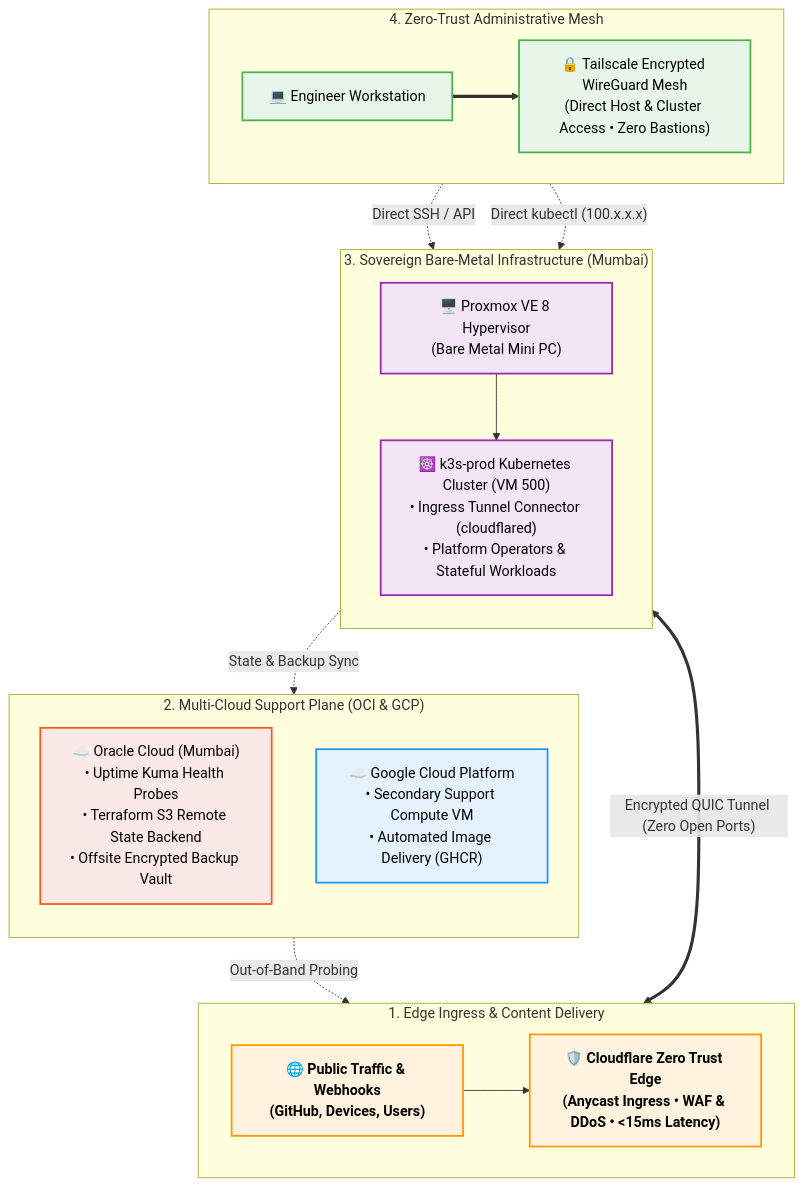
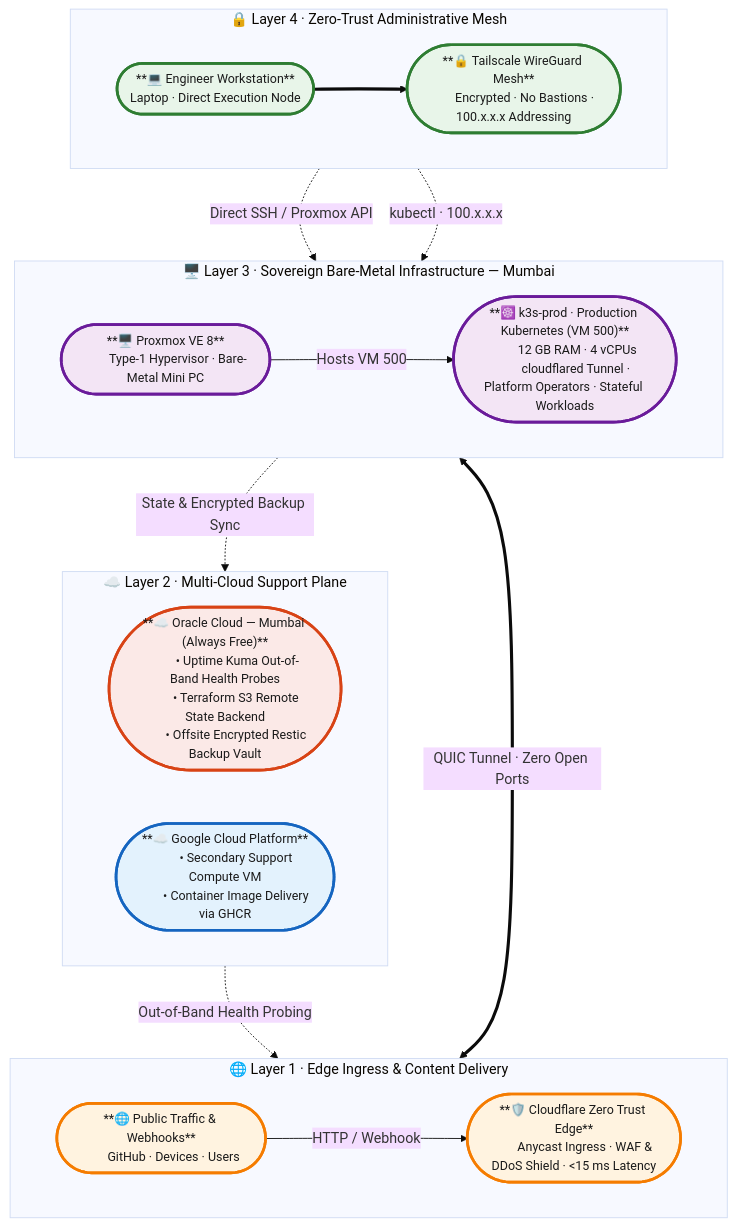
One commit to vsingh55/homelab-ops changed the first of 4 diagrams in README.md. Above: the diagram before and after it, drawn with Mermaid. The commit also changed other lines of this file, not shown here.

````diff
--- a/README.md
+++ b/README.md
@@ -38,65 +38,69 @@
 ```mermaid
+%%{init: {'theme': 'base', 'themeVariables': {'fontSize': '16px', 'fontFamily': 'Inter, Segoe UI, sans-serif'}, 'flowchart': {'curve': 'basis', 'nodeSpacing': 60, 'rankSpacing': 80}}}%%
 flowchart TB
-    %% ==========================================
-    %% 1. STYLE DEFINTIONS (For GitHub Visuals)
-    %% ==========================================
-    classDef edgeStyle fill:#FFF3E0,stroke:#FF9800,stroke-width:2px,color:#000,font-weight:bold;
-    classDef cloudStyle fill:#ECEFF1,stroke:#607D8B,stroke-width:2px,color:#000;
-    classDef ociStyle fill:#FBE9E7,stroke:#FF5722,stroke-width:2px,color:#000;
-    classDef gcpStyle fill:#E3F2FD,stroke:#2196F3,stroke-width:2px,color:#000;
-    classDef infraStyle fill:#F3E5F5,stroke:#9C27B0,stroke-width:2px,color:#000;
-    classDef adminStyle fill:#E8F5E9,stroke:#4CAF50,stroke-width:2px,color:#000;
 
-    %% ==========================================
-    %% 2. DIAGRAM NODES & SUBGRAPHS
-    %% ==========================================
-    
-    subgraph Edge["1. Edge Ingress & Content Delivery"]
+    %% ── STYLE DEFINITIONS ─────────────────────────────────────────
+    classDef edgeStyle  fill:#FFF3E0,stroke:#F57C00,stroke-width:3px,color:#1A1A1A,font-size:14px;
+    classDef ociStyle   fill:#FBE9E7,stroke:#D84315,stroke-width:3px,color:#1A1A1A,font-size:14px;
+    classDef gcpStyle   fill:#E3F2FD,stroke:#1565C0,stroke-width:3px,color:#1A1A1A,font-size:14px;
+    classDef infraStyle fill:#F3E5F5,stroke:#6A1B9A,stroke-width:3px,color:#1A1A1A,font-size:14px;
+    classDef adminStyle fill:#E8F5E9,stroke:#2E7D32,stroke-width:3px,color:#1A1A1A,font-size:14px;
+
+    %% ── LAYER 1 · PUBLIC EDGE ─────────────────────────────────────
+    subgraph Edge["🌐  Layer 1 · Edge Ingress & Content Delivery"]
         direction LR
-        Users["🌐 Public Traffic & Webhooks<br>(GitHub, Devices, Users)"]
-        CF["🛡️ Cloudflare Zero Trust Edge<br>(Anycast Ingress • WAF & DDoS • &lt;15ms Latency)"]
+        Users(["**🌐 Public Traffic & Webhooks**
+        GitHub · Devices · Users"])
+        CF(["**🛡️ Cloudflare Zero Trust Edge**
+        Anycast Ingress · WAF & DDoS Shield · <15 ms Latency"])
     end
     class Users,CF edgeStyle;
 
-    subgraph CloudSupport["2. Multi-Cloud Support Plane (OCI & GCP)"]
-        direction TB
-        OCI["☁️ Oracle Cloud (Mumbai)<br>• Uptime Kuma Health Probes<br>• Terraform S3 Remote State Backend<br>• Offsite Encrypted Backup Vault"]
-        GCP["☁️ Google Cloud Platform<br>• Secondary Support Compute VM<br>• Automated Image Delivery (GHCR)"]
+    %% ── LAYER 2 · MULTI-CLOUD SUPPORT ────────────────────────────
+    subgraph CloudSupport["☁️  Layer 2 · Multi-Cloud Support Plane"]
+        direction LR
+        OCI(["**☁️ Oracle Cloud — Mumbai (Always Free)**
+        • Uptime Kuma Out-of-Band Health Probes
+        • Terraform S3 Remote State Backend
+        • Offsite Encrypted Restic Backup Vault"])
+        GCP(["**☁️ Google Cloud Platform**
+        • Secondary Support Compute VM
+        • Container Image Delivery via GHCR"])
     end
     class OCI ociStyle;
     class GCP gcpStyle;
 
-    subgraph OnPrem["3. Sovereign Bare-Metal Infrastructure (Mumbai)"]
-        direction TB
-        PVE["🖥️ Proxmox VE 8 Hypervisor<br>(Bare Metal Mini PC)"]
-        K3S["☸️ k3s-prod Kubernetes Cluster (VM 500)<br>• Ingress Tunnel Connector (cloudflared)<br>• Platform Operators & Stateful Workloads"]
+    %% ── LAYER 3 · SOVEREIGN ON-PREM ──────────────────────────────
+    subgraph OnPrem["🖥️  Layer 3 · Sovereign Bare-Metal Infrastructure — Mumbai"]
+        direction LR
+        PVE(["**🖥️ Proxmox VE 8**
+        Type-1 Hypervisor · Bare-Metal Mini PC"])
+        K3S(["**☸️ k3s-prod · Production Kubernetes (VM 500)**
+        12 GB RAM · 4 vCPUs
+        cloudflared Tunnel · Platform Operators · Stateful Workloads"])
     end
     class PVE,K3S infraStyle;
 
-    subgraph Admin["4. Zero-Trust Administrative Mesh"]
+    %% ── LAYER 4 · ADMIN MESH ─────────────────────────────────────
+    subgraph Admin["🔒  Layer 4 · Zero-Trust Administrative Mesh"]
         direction LR
-        Workstation["💻 Engineer Workstation"]
-        Tailscale["🔒 Tailscale Encrypted WireGuard Mesh<br>(Direct Host & Cluster Access • Zero Bastions)"]
+        Workstation(["**💻 Engineer Workstation**
+        Laptop · Direct Execution Node"])
+        Tailscale(["**🔒 Tailscale WireGuard Mesh**
+        Encrypted · No Bastions · 100.x.x.x Addressing"])
     end
     class Workstation,Tailscale adminStyle;
 
-    %% ==========================================
-    %% 3. NETWORK FLOWS & ARROWS
-    %% ==========================================
-    
-    %% Main Ingress Traffic
-    Users --> CF
-    CF <== "Encrypted QUIC Tunnel (Zero Open Ports)" ==> K3S
-    
-    %% Support Connections
-    OCI -. "Out-of-Band Probing" .-> CF
-    K3S -. "State & Backup Sync" .-> OCI
-    
-    %% Administration Mesh Connections
-    Workstation ==> Tailscale
-    Tailscale -. "Direct SSH / API" .-> PVE
-    Tailscale -. "Direct kubectl (100.x.x.x)" .-> K3S
+    %% ── NETWORK FLOWS ─────────────────────────────────────────────
+    Users        -- "HTTP / Webhook"              --> CF
+    CF           <== "QUIC Tunnel · Zero Open Ports" ==> K3S
 
-    %% Local Architecture Flow
-    PVE --> K3S
+    OCI          -. "Out-of-Band Health Probing"  .-> CF
+    K3S          -. "State & Encrypted Backup Sync" .-> OCI
+
+    Workstation  ==>                                  Tailscale
+    Tailscale    -. "Direct SSH / Proxmox API"    .-> PVE
+    Tailscale    -. "kubectl · 100.x.x.x"         .-> K3S
+
+    PVE          -- "Hosts VM 500"                --> K3S
 ```
````
